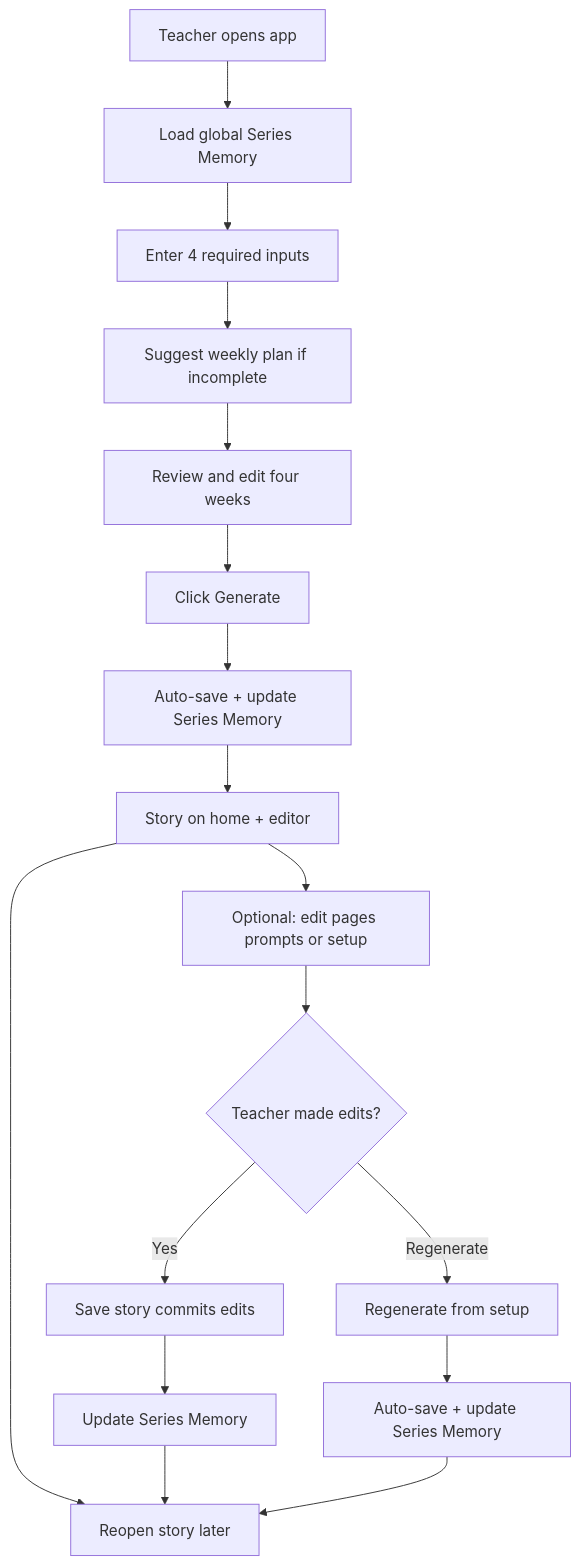
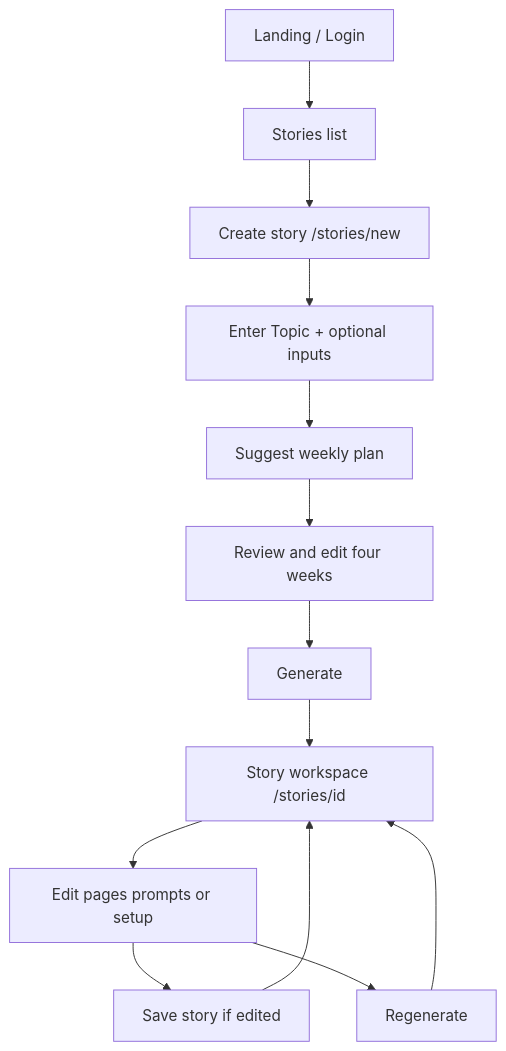
One commit to kisdreamteam/storygenv203 changed the first of 3 diagrams in docs/phase-b-architecture-map.md. Above: the diagram before and after it, drawn with Mermaid. The commit also changed other lines of this file and 6 other files, not shown here.

First line of the commit message:
Sync authority docs with current story creation flow.

````diff
--- a/docs/phase-b-architecture-map.md
+++ b/docs/phase-b-architecture-map.md
@@ -73,19 +75,15 @@
 ```mermaid
 flowchart TD
-    openApp[Teacher opens app] --> loadMemory[Load global Series Memory]
-    loadMemory --> enterInputs[Enter 4 required inputs]
-    enterInputs --> suggestPlan[Suggest weekly plan if incomplete]
-    suggestPlan --> reviewPlan[Review and edit four weeks]
-    reviewPlan --> generate[Click Generate]
-    generate --> autoSave1[Auto-save + update Series Memory]
-    autoSave1 --> receiveOutput[Story on home + editor]
-    receiveOutput --> optionalEdit[Optional: edit pages prompts or setup]
-    optionalEdit --> hasEdits{Teacher made edits?}
-    hasEdits -->|Yes| saveStory[Save story commits edits]
-    saveStory --> updateMemory[Update Series Memory]
-    hasEdits -->|Regenerate| regen[Regenerate from setup]
-    regen --> autoSave2[Auto-save + update Series Memory]
-    receiveOutput --> reopenLater[Reopen story later]
-    updateMemory --> reopenLater
-    autoSave2 --> reopenLater
+    landing["Landing / Login"] --> stories["Stories list"]
+    stories --> create["Create story /stories/new"]
+    create --> enterTopic["Enter Topic + optional inputs"]
+    enterTopic --> suggestPlan["Suggest weekly plan"]
+    suggestPlan --> reviewPlan["Review and edit four weeks"]
+    reviewPlan --> generate["Generate"]
+    generate --> workspace["Story workspace /stories/id"]
+    workspace --> optionalEdit["Edit pages prompts or setup"]
+    optionalEdit --> saveStory["Save story if edited"]
+    optionalEdit --> regen["Regenerate"]
+    saveStory --> workspace
+    regen --> workspace
 ```
````
